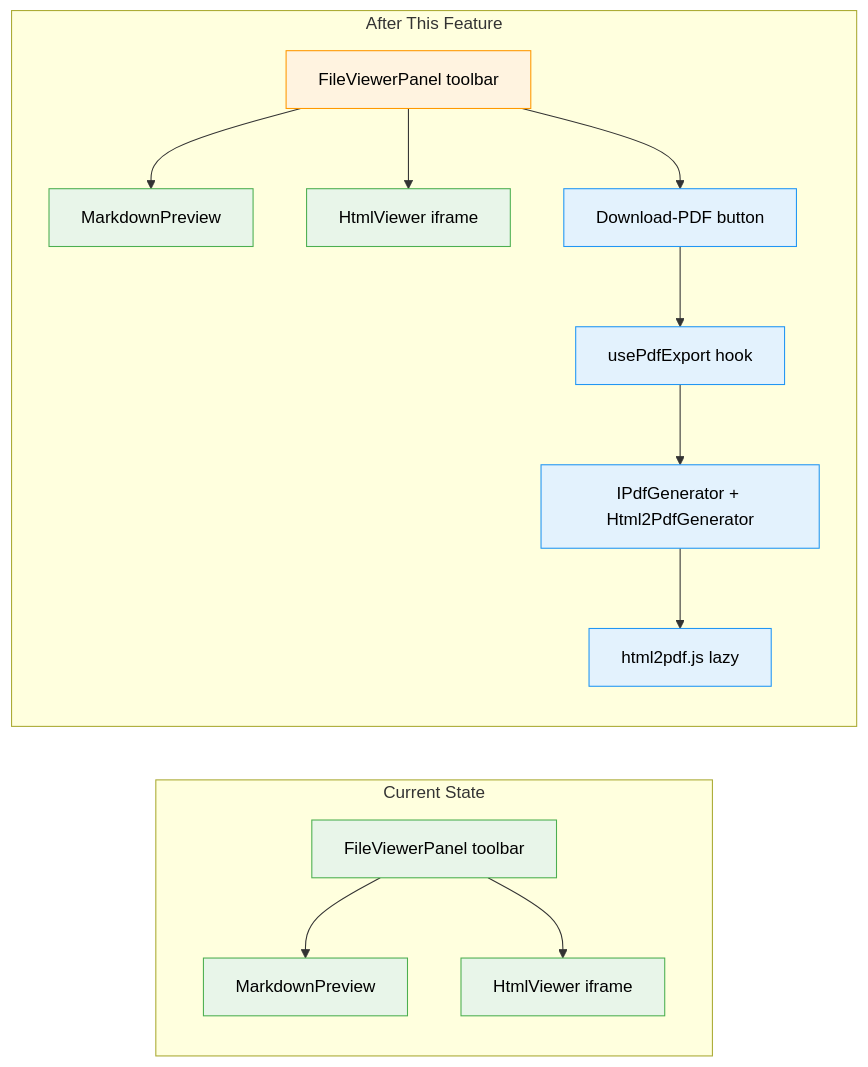
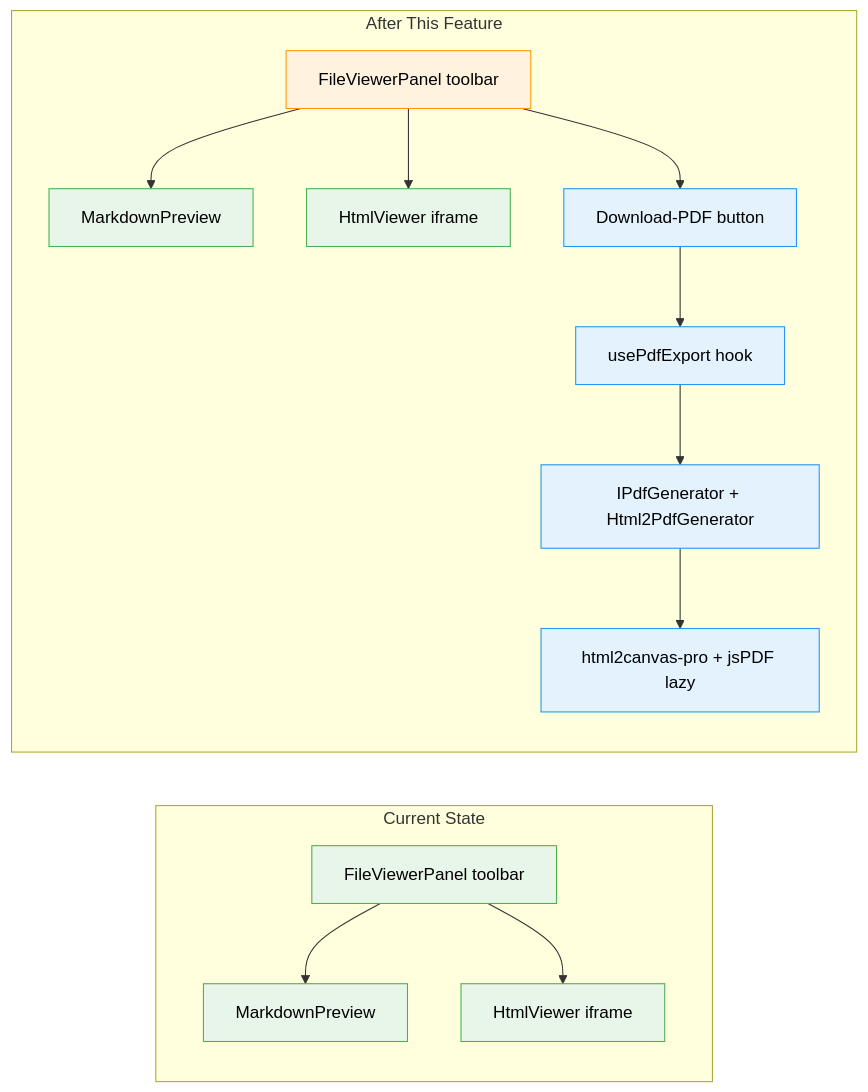
One commit to AI-Substrate/chainglass changed the first of 2 diagrams in docs/plans/084-random-enhancements-3/preview-pdf-download.fltplan.md. Above: the diagram before and after it, drawn with Mermaid. The commit also changed other lines of this file and 6 other files, not shown here.

First line of the commit message:
FX-PDF-1 fix: render PDF via html2canvas-pro + jsPDF, drop html2pdf.js

````diff
--- a/docs/plans/084-random-enhancements-3/preview-pdf-download.fltplan.md
+++ b/docs/plans/084-random-enhancements-3/preview-pdf-download.fltplan.md
@@ -34,30 +34,30 @@
 ```mermaid
 flowchart LR
     classDef existing fill:#E8F5E9,stroke:#4CAF50,color:#000
     classDef changed fill:#FFF3E0,stroke:#FF9800,color:#000
     classDef new fill:#E3F2FD,stroke:#2196F3,color:#000
 
     subgraph Current["Current State"]
         FVP1[FileViewerPanel toolbar]:::existing
         MP1[MarkdownPreview]:::existing
         HV1[HtmlViewer iframe]:::existing
         FVP1 --> MP1
         FVP1 --> HV1
     end
 
     subgraph Target["After This Feature"]
         FVP2[FileViewerPanel toolbar]:::changed
         MP2[MarkdownPreview]:::existing
         HV2[HtmlViewer iframe]:::existing
         BTN[Download-PDF button]:::new
         HOOK[usePdfExport hook]:::new
         GEN[IPdfGenerator + Html2PdfGenerator]:::new
-        LIB[html2pdf.js lazy]:::new
+        LIB[html2canvas-pro + jsPDF lazy]:::new
         FVP2 --> MP2
         FVP2 --> HV2
         FVP2 --> BTN
         BTN --> HOOK
         HOOK --> GEN
         GEN --> LIB
     end
 ```
````
